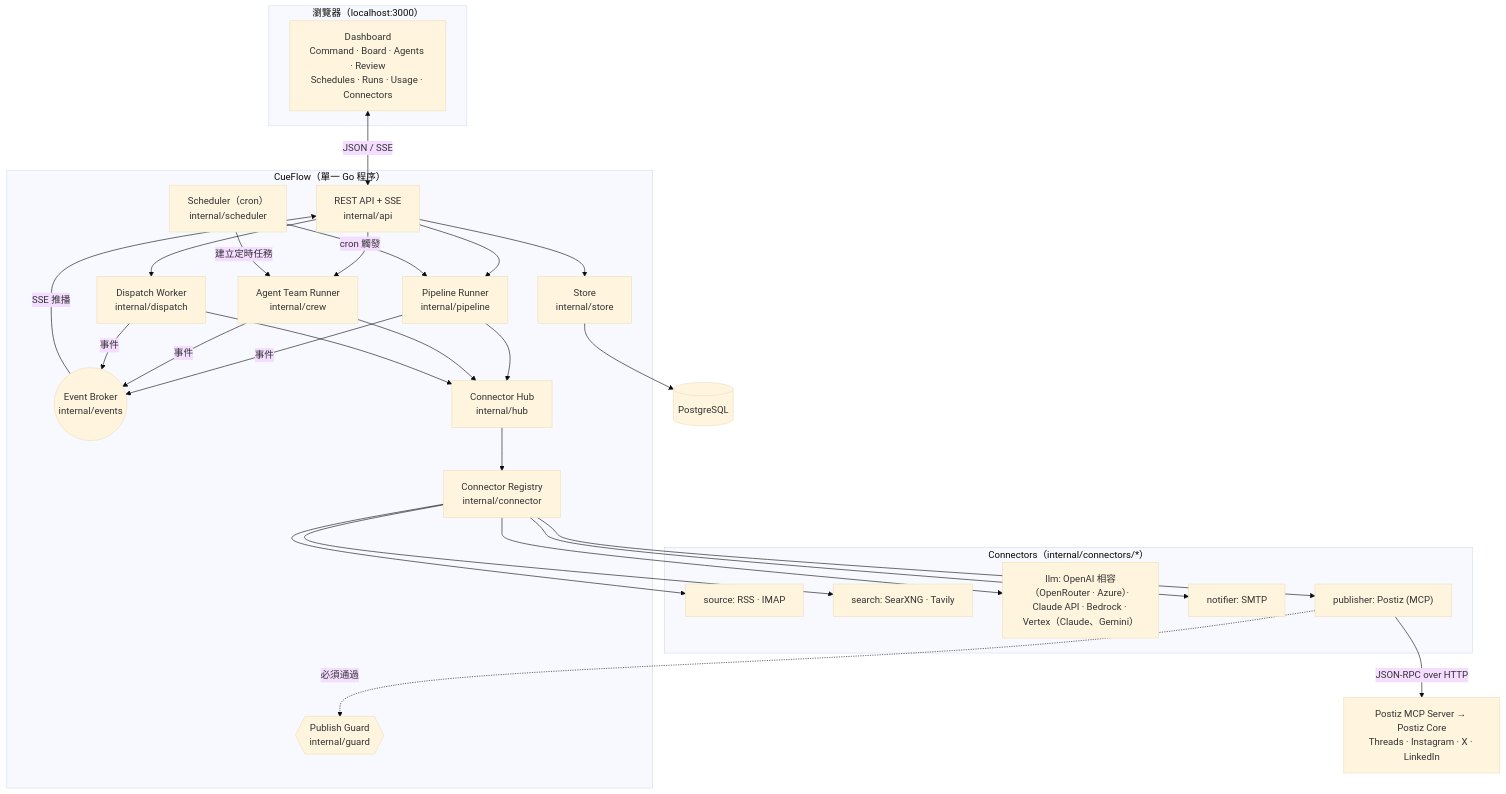
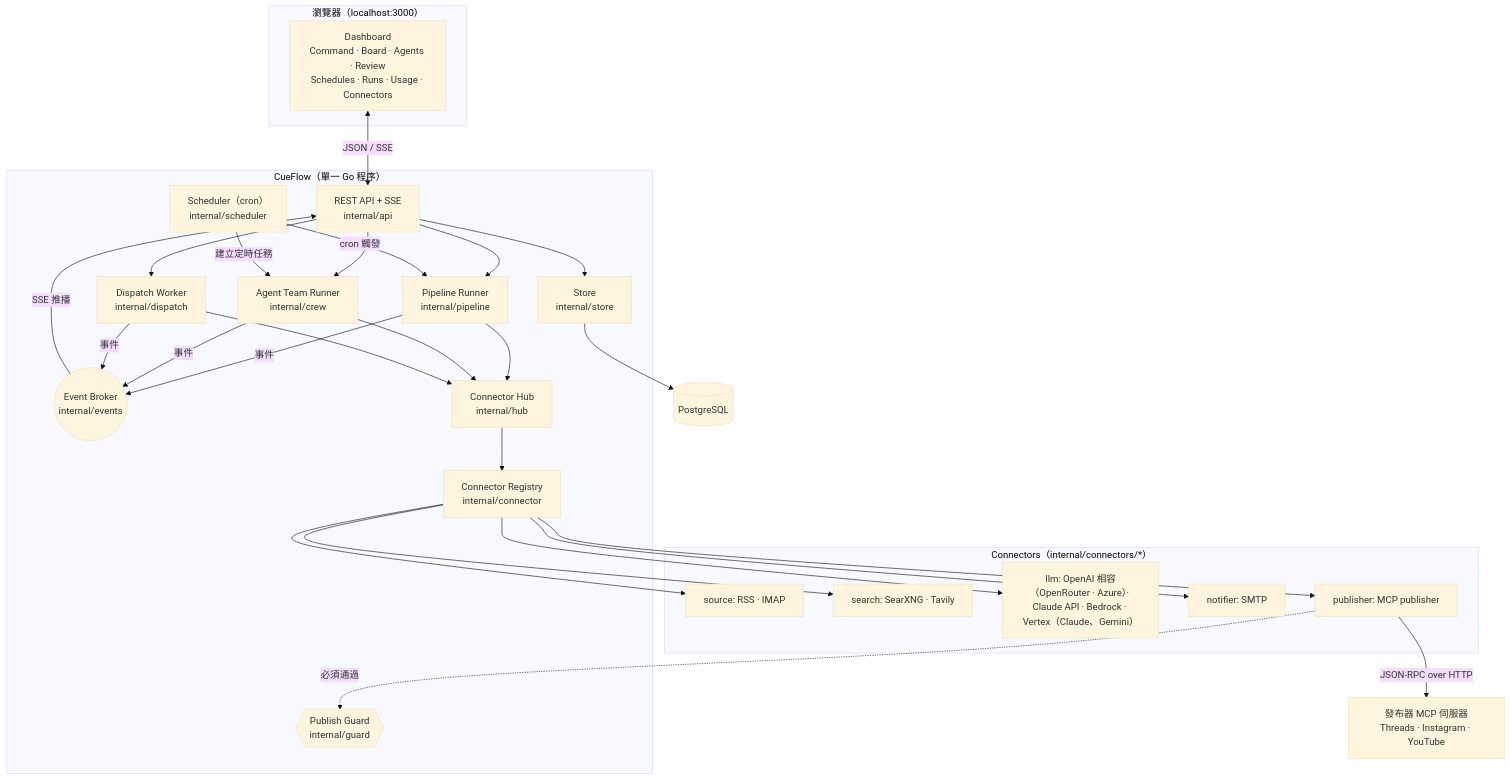
One commit to j75689/cueflow changed the first of 6 diagrams in docs/zh-TW/architecture.md. Above: the diagram before and after it, drawn with Mermaid (base theme). The commit also changed other lines of this file and 40 other files, not shown here.

First line of the commit message:
feat!: drop Postiz and ship a mock publisher for the MCP publisher contract (#7)

````diff
--- a/docs/zh-TW/architecture.md
+++ b/docs/zh-TW/architecture.md
@@ -21,49 +21,49 @@
 ```mermaid
 flowchart TB
     subgraph Browser["瀏覽器（localhost:3000）"]
         UI["Dashboard<br/>Command · Board · Agents · Review<br/>Schedules · Runs · Usage · Connectors"]
     end
 
     subgraph Core["CueFlow（單一 Go 程序）"]
         API["REST API + SSE<br/>internal/api"]
         Broker(("Event Broker<br/>internal/events"))
         Sched["Scheduler（cron）<br/>internal/scheduler"]
         Pipe["Pipeline Runner<br/>internal/pipeline"]
         Crew["Agent Team Runner<br/>internal/crew"]
         Disp["Dispatch Worker<br/>internal/dispatch"]
         Hub["Connector Hub<br/>internal/hub"]
         Reg["Connector Registry<br/>internal/connector"]
         Guard{{"Publish Guard<br/>internal/guard"}}
         Store["Store<br/>internal/store"]
     end
 
     DB[("PostgreSQL")]
 
     subgraph Plugins["Connectors（internal/connectors/*）"]
         Src["source: RSS · IMAP"]
         Search["search: SearXNG · Tavily"]
         LLM["llm: OpenAI 相容（OpenRouter · Azure）· Claude API · Bedrock · Vertex（Claude、Gemini）"]
         Notif["notifier: SMTP"]
-        Pub["publisher: Postiz (MCP)"]
+        Pub["publisher: MCP publisher"]
     end
 
-    Postiz["Postiz MCP Server → Postiz Core<br/>Threads · Instagram · X · LinkedIn"]
+    Publisher["發布器 MCP 伺服器<br/>Threads · Instagram · YouTube"]
 
     UI <-->|"JSON / SSE"| API
     API --> Store
     API --> Crew
     API --> Disp
     API --> Pipe
     Broker -->|"SSE 推播"| API
     Sched -->|"cron 觸發"| Pipe
     Sched -->|"建立定時任務"| Crew
     Pipe --> Hub
     Crew --> Hub
     Disp --> Hub
     Hub --> Reg
     Reg --> Src & Search & LLM & Notif & Pub
     Pub -.->|"必須通過"| Guard
-    Pub -->|"JSON-RPC over HTTP"| Postiz
+    Pub -->|"JSON-RPC over HTTP"| Publisher
     Store --> DB
     Pipe & Crew & Disp -->|"事件"| Broker
 ```
````
